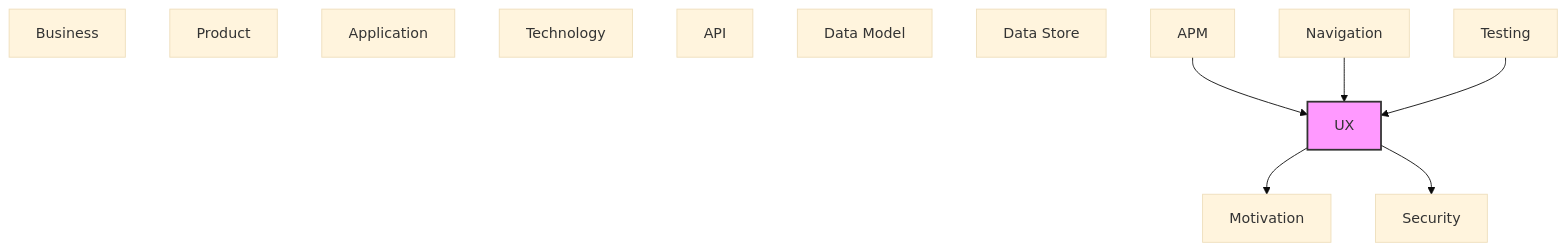
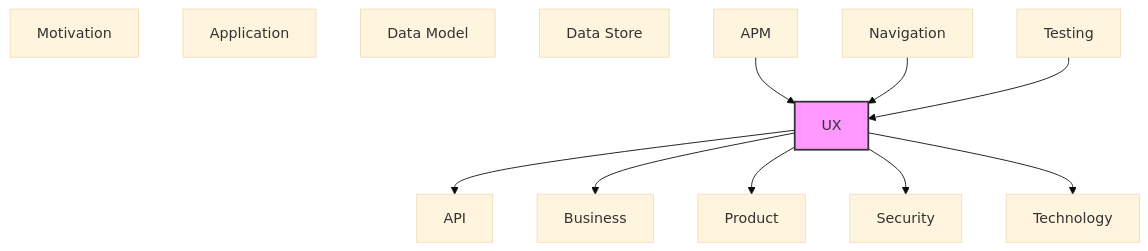
One commit to tinkermonkey/context-studio changed the diagram in documentation-robotics/reports/10-ux-layer-report.md. Above: the diagram before and after it, drawn with Mermaid (base theme). The commit also changed other lines of this file and 93 other files, not shown here.

````diff
--- a/documentation-robotics/reports/10-ux-layer-report.md
+++ b/documentation-robotics/reports/10-ux-layer-report.md
@@ -60,23 +269,26 @@
 ```mermaid
 flowchart TB
   classDef current fill:#f9f,stroke:#333,stroke-width:2px
   motivation["Motivation"]
   business["Business"]
   product["Product"]
   security["Security"]
   application["Application"]
   technology["Technology"]
   api["API"]
   data_model["Data Model"]
   data_store["Data Store"]
   ux["UX"]
   navigation["Navigation"]
   apm["APM"]
   testing["Testing"]
   apm --> ux
   navigation --> ux
   testing --> ux
-  ux --> motivation
+  ux --> api
+  ux --> business
+  ux --> product
   ux --> security
+  ux --> technology
   class ux current
 ```
````
